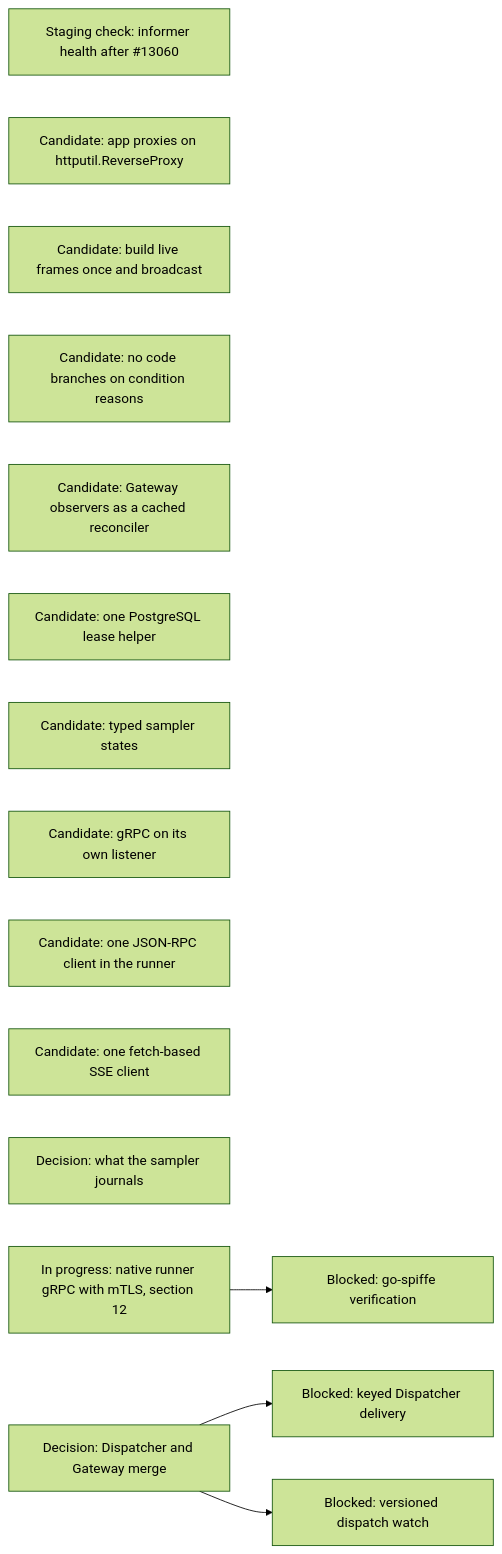
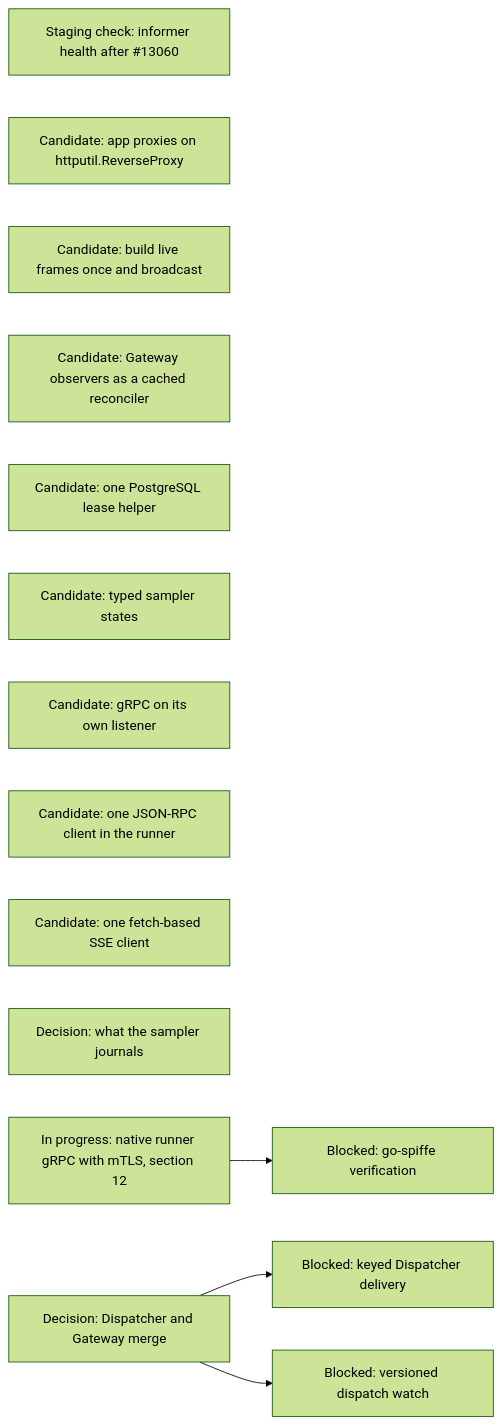
One commit to agentydragon/ducktape changed diagram 18 of 18 in agentplane/plans/task_dag.md. Above: the diagram before and after it, drawn with Mermaid (forest theme). The commit also changed other lines of this file and 16 other files, not shown here.

First line of the commit message:
agentplane: read status.stopStage instead of Sandbox condition reasons

````diff
--- a/agentplane/plans/task_dag.md
+++ b/agentplane/plans/task_dag.md
@@ -1924,17 +1924,16 @@
 ```mermaid
 flowchart LR
     KUBERNETES_NATIVE_WATCH_HEALTH[Staging check: informer health after #13060]
     APP_PROXY_REVERSE_PROXY[Candidate: app proxies on httputil.ReverseProxy]
     APP_LIVE_FRAME_BROADCAST[Candidate: build live frames once and broadcast]
-    CONDITION_REASONS_NOT_STATE[Candidate: no code branches on condition reasons]
     GATEWAY_OBSERVER_RECONCILER[Candidate: Gateway observers as a cached reconciler]
     POSTGRES_LEASE_HELPER[Candidate: one PostgreSQL lease helper]
     SAMPLER_TYPED_STATE[Candidate: typed sampler states]
     GRPC_NATIVE_LISTENER[Candidate: gRPC on its own listener]
     RUNNER_JSONRPC[Candidate: one JSON-RPC client in the runner]
     FRONTEND_SSE_CLIENT[Candidate: one fetch-based SSE client]
     SAMPLER_JOURNAL_DIET[Decision: what the sampler journals]
     RUNNER_CONTROL_TRANSPORT_DESIGN[In progress: native runner gRPC with mTLS, section 12] --> RUNNER_MTLS_GO_SPIFFE[Blocked: go-spiffe verification]
     DISPATCHER_PERSISTENCE_MODEL_DESIGN[Decision: Dispatcher and Gateway merge] --> DISPATCHER_KEYED_DELIVERY[Blocked: keyed Dispatcher delivery]
     DISPATCHER_PERSISTENCE_MODEL_DESIGN --> DISPATCHER_WATCH_VERSIONS[Blocked: versioned dispatch watch]
 ```
````
